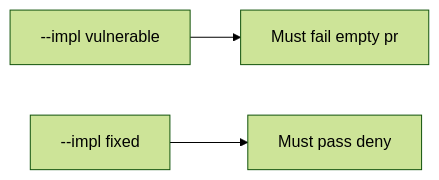
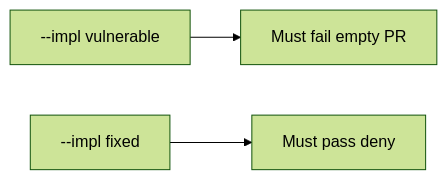
One commit to ishitvagoel/LearnSecurity changed the diagram in content/modules/10/10.1/lessons/05-verify.md. Above: the diagram before and after it, drawn with Mermaid (forest theme). The commit also changed other lines of this file and 28 other files, not shown here.

````diff
--- a/content/modules/10/10.1/lessons/05-verify.md
+++ b/content/modules/10/10.1/lessons/05-verify.md
@@ -15,5 +15,5 @@
 ```mermaid
 flowchart LR
-  V["--impl vulnerable"] --> F["Must fail empty pr"]
+  V["--impl vulnerable"] --> F["Must fail empty PR"]
   X["--impl fixed"] --> P["Must pass deny"]
 ```
````
